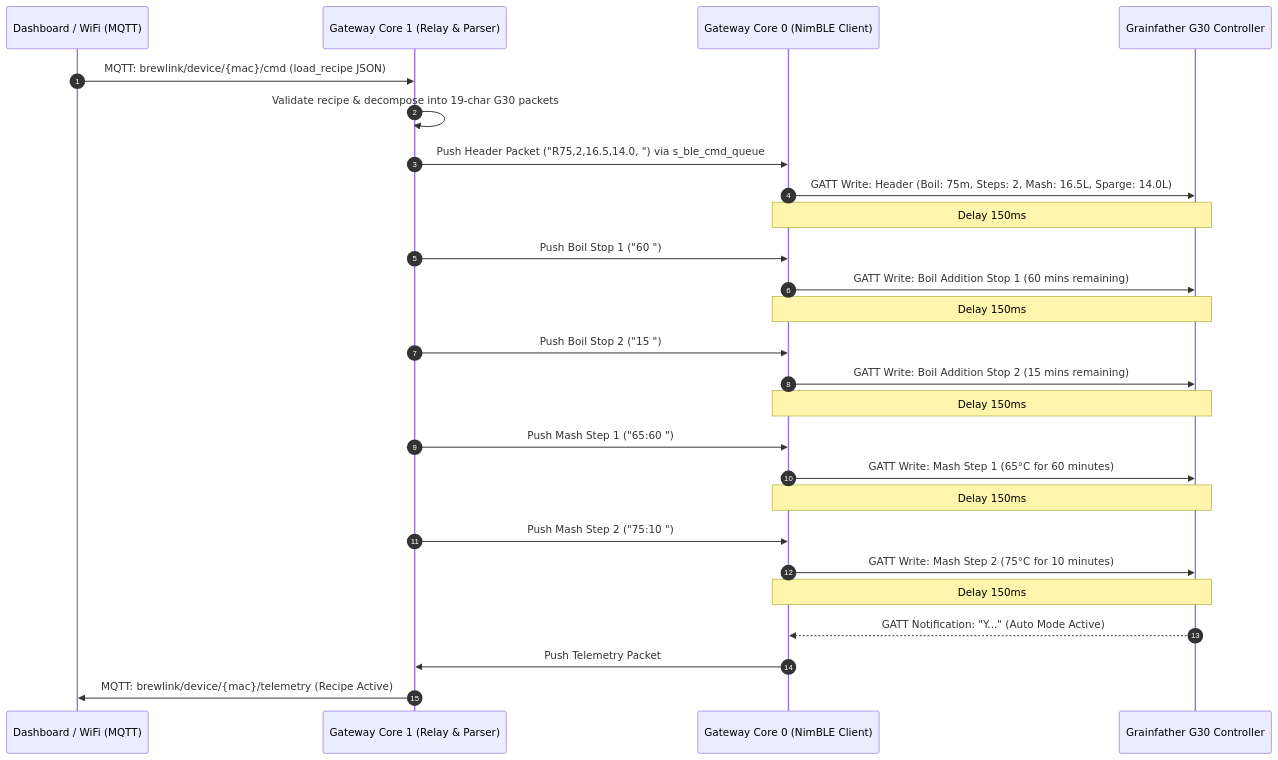
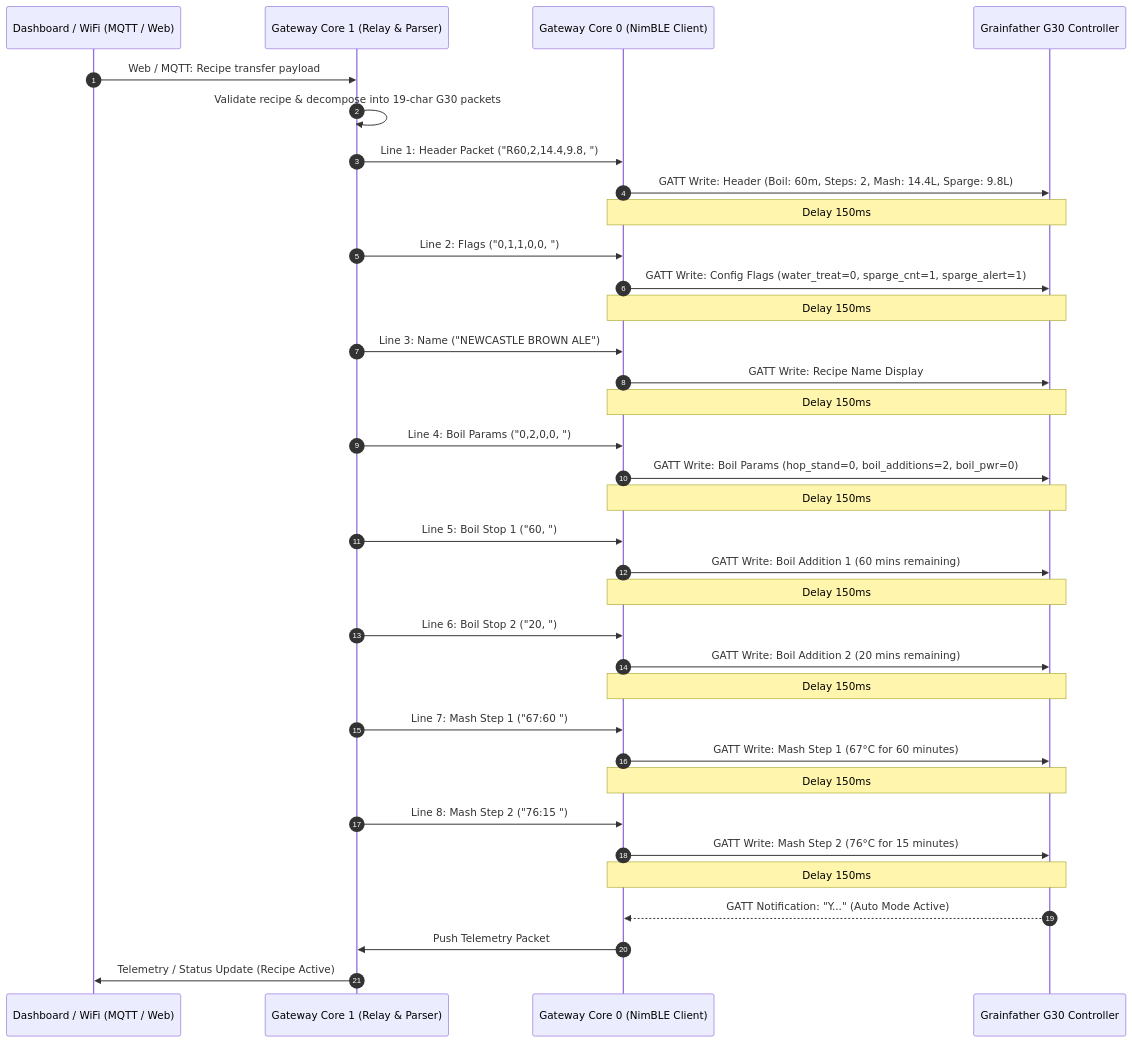
The first of 2 diagrams in .agents/skills/grainfather-g30-ble/SKILL.md (JakeMannen/BrewLink), drawn with Mermaid before and after one commit. The commit also changed other lines of this file and 6 other files, not shown here.

Commit message:
fix(g30): implement complete 6-stage G30 recipe transmission sequence and water calculations

````diff
--- a/.agents/skills/grainfather-g30-ble/SKILL.md
+++ b/.agents/skills/grainfather-g30-ble/SKILL.md
@@ -75,35 +75,47 @@
 ```mermaid
 sequenceDiagram
     autonumber
-    participant D as Dashboard / WiFi (MQTT)
+    participant D as Dashboard / WiFi (MQTT / Web)
     participant C1 as Gateway Core 1 (Relay & Parser)
     participant C0 as Gateway Core 0 (NimBLE Client)
     participant G30 as Grainfather G30 Controller
 
-    D->>C1: MQTT: brewlink/device/{mac}/cmd (load_recipe JSON)
+    D->>C1: Web / MQTT: Recipe transfer payload
     C1->>C1: Validate recipe & decompose into 19-char G30 packets
     
-    C1->>C0: Push Header Packet ("R75,2,16.5,14.0,  ") via s_ble_cmd_queue
-    C0->>G30: GATT Write: Header (Boil: 75m, Steps: 2, Mash: 16.5L, Sparge: 14.0L)
+    C1->>C0: Line 1: Header Packet ("R60,2,14.4,9.8,    ")
+    C0->>G30: GATT Write: Header (Boil: 60m, Steps: 2, Mash: 14.4L, Sparge: 9.8L)
+    Note over C0,G30: Delay 150ms
+
+    C1->>C0: Line 2: Flags ("0,1,1,0,0,         ")
+    C0->>G30: GATT Write: Config Flags (water_treat=0, sparge_cnt=1, sparge_alert=1)
+    Note over C0,G30: Delay 150ms
+
+    C1->>C0: Line 3: Name ("NEWCASTLE BROWN ALE")
+    C0->>G30: GATT Write: Recipe Name Display
+    Note over C0,G30: Delay 150ms
+
+    C1->>C0: Line 4: Boil Params ("0,2,0,0,           ")
+    C0->>G30: GATT Write: Boil Params (hop_stand=0, boil_additions=2, boil_pwr=0)
     Note over C0,G30: Delay 150ms
     
-    C1->>C0: Push Boil Stop 1 ("60                 ")
-    C0->>G30: GATT Write: Boil Addition Stop 1 (60 mins remaining)
+    C1->>C0: Line 5: Boil Stop 1 ("60,                ")
+    C0->>G30: GATT Write: Boil Addition 1 (60 mins remaining)
     Note over C0,G30: Delay 150ms
     
-    C1->>C0: Push Boil Stop 2 ("15                 ")
-    C0->>G30: GATT Write: Boil Addition Stop 2 (15 mins remaining)
+    C1->>C0: Line 6: Boil Stop 2 ("20,                ")
+    C0->>G30: GATT Write: Boil Addition 2 (20 mins remaining)
     Note over C0,G30: Delay 150ms
     
-    C1->>C0: Push Mash Step 1 ("65:60              ")
-    C0->>G30: GATT Write: Mash Step 1 (65°C for 60 minutes)
+    C1->>C0: Line 7: Mash Step 1 ("67:60              ")
+    C0->>G30: GATT Write: Mash Step 1 (67°C for 60 minutes)
     Note over C0,G30: Delay 150ms
     
-    C1->>C0: Push Mash Step 2 ("75:10              ")
-    C0->>G30: GATT Write: Mash Step 2 (75°C for 10 minutes)
+    C1->>C0: Line 8: Mash Step 2 ("76:15              ")
+    C0->>G30: GATT Write: Mash Step 2 (76°C for 15 minutes)
     Note over C0,G30: Delay 150ms
 
     G30-->>C0: GATT Notification: "Y..." (Auto Mode Active)
     C0->>C1: Push Telemetry Packet
-    C1->>D: MQTT: brewlink/device/{mac}/telemetry (Recipe Active)
+    C1->>D: Telemetry / Status Update (Recipe Active)
 ```
````
